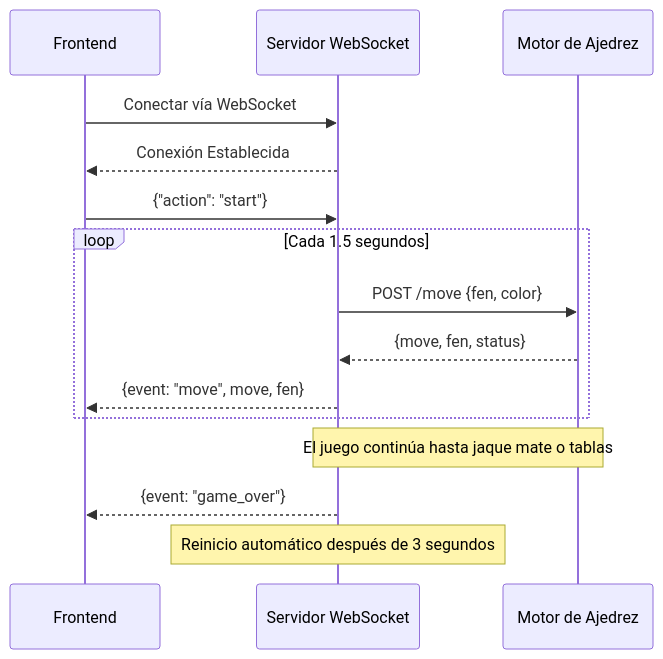
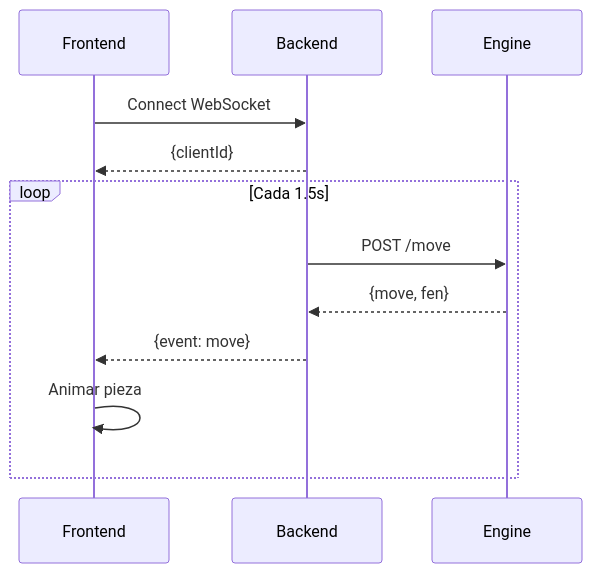
The second of 3 diagrams in README.md (MetaCodeX/MacroStasis), drawn with Mermaid before and after one commit. The commit also changed other lines of this file, not shown here.

````diff
--- a/README.md
+++ b/README.md
@@ -97,20 +316,16 @@
 ```mermaid
 sequenceDiagram
-    participant Cliente as Frontend
-    participant WS as Servidor WebSocket
-    participant IA as Motor de Ajedrez
+    participant F as Frontend
+    participant B as Backend
+    participant E as Engine
 
-    Cliente->>WS: Conectar vía WebSocket
-    WS-->>Cliente: Conexión Establecida
-    Cliente->>WS: {"action": "start"}
+    F->>B: Connect WebSocket
+    B-->>F: {clientId}
     
-    loop Cada 1.5 segundos
-        WS->>IA: POST /move {fen, color}
-        IA-->>WS: {move, fen, status}
-        WS-->>Cliente: {event: "move", move, fen}
+    loop Cada 1.5s
+        B->>E: POST /move
+        E-->>B: {move, fen}
+        B-->>F: {event: move}
+        F->>F: Animar pieza
     end
-
-    Note over WS,IA: El juego continúa hasta jaque mate o tablas
-    WS-->>Cliente: {event: "game_over"}
-    Note over WS: Reinicio automático después de 3 segundos
 ```
````
